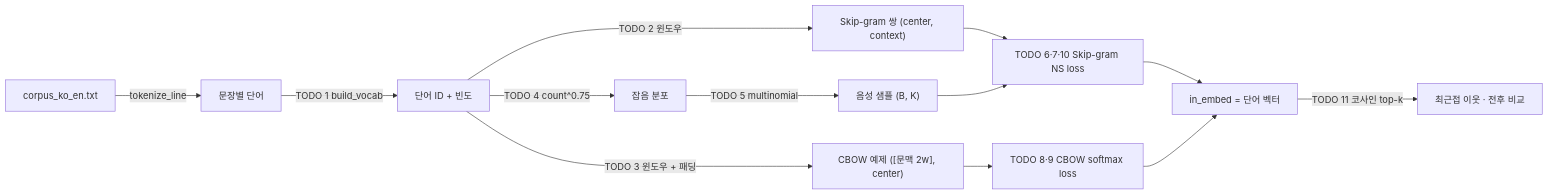
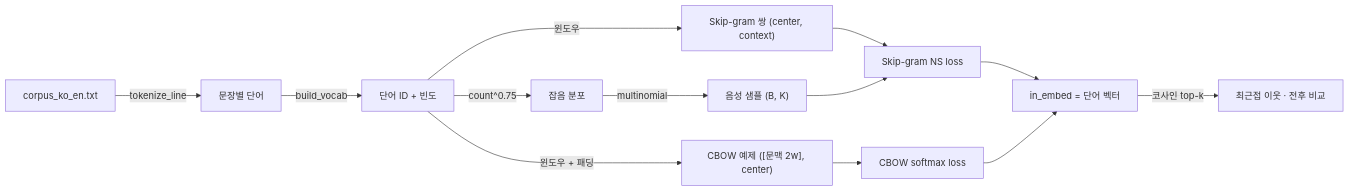
Before and after one commit to TD-Kim/ai-engineering-lab: the diagram in part1_ai_fundamentals/word2vec/advanced/README.md, drawn with Mermaid. The commit also changed other lines of this file and 15 other files, not shown here.

````diff
--- a/part1_ai_fundamentals/word2vec/advanced/README.md
+++ b/part1_ai_fundamentals/word2vec/advanced/README.md
@@ -49,15 +48,15 @@
 ```mermaid
 flowchart LR
     C[corpus_ko_en.txt] -->|tokenize_line| S[문장별 단어]
-    S -->|TODO 1 build_vocab| ID[단어 ID + 빈도]
-    ID -->|TODO 2 윈도우| SG["Skip-gram 쌍 (center, context)"]
-    ID -->|TODO 3 윈도우 + 패딩| CB["CBOW 예제 ([문맥 2w], center)"]
-    ID -->|TODO 4 count^0.75| N[잡음 분포]
-    N -->|TODO 5 multinomial| NEG["음성 샘플 (B, K)"]
-    SG --> L1["TODO 6·7·10 Skip-gram NS loss"]
+    S -->|build_vocab| ID[단어 ID + 빈도]
+    ID -->|윈도우| SG["Skip-gram 쌍 (center, context)"]
+    ID -->|윈도우 + 패딩| CB["CBOW 예제 ([문맥 2w], center)"]
+    ID -->|count^0.75| N[잡음 분포]
+    N -->|multinomial| NEG["음성 샘플 (B, K)"]
+    SG --> L1["Skip-gram NS loss"]
     NEG --> L1
-    CB --> L2["TODO 8·9 CBOW softmax loss"]
+    CB --> L2["CBOW softmax loss"]
     L1 --> V[in_embed = 단어 벡터]
     L2 --> V
-    V -->|TODO 11 코사인 top-k| R[최근접 이웃 · 전후 비교]
+    V -->|코사인 top-k| R[최근접 이웃 · 전후 비교]
 ```
````
